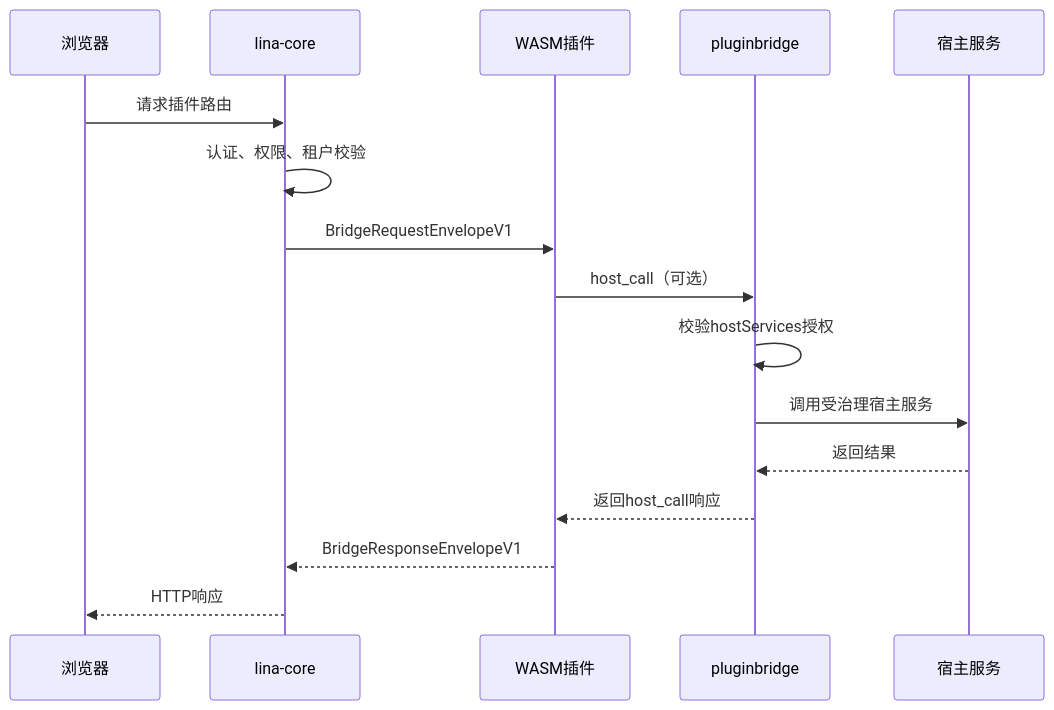
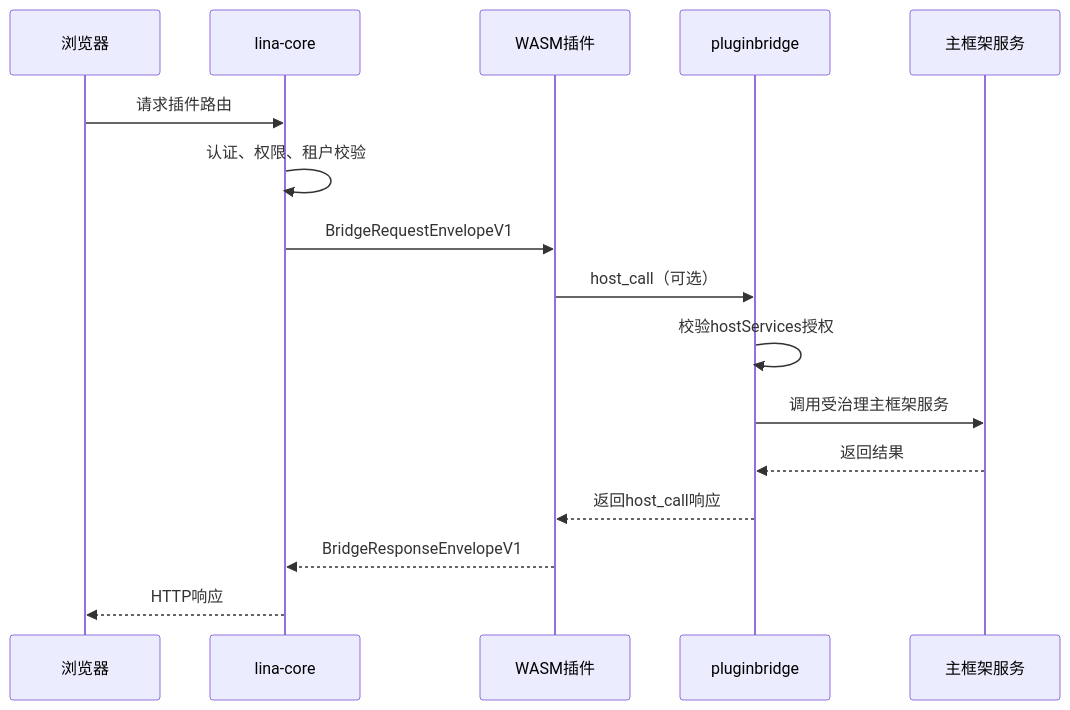
One commit to linaproai/linapro-site changed the diagram in apps/lina-site/versioned_docs/version-0.1.x/docs/2000-components/5000-plugin-system/7000-wasm-plugins.md. Above: the diagram before and after it, drawn with Mermaid. The commit also changed other lines of this file and 93 other files, not shown here.

````diff
--- a/apps/lina-site/versioned_docs/version-0.1.x/docs/2000-components/5000-plugin-system/7000-wasm-plugins.md
+++ b/apps/lina-site/versioned_docs/version-0.1.x/docs/2000-components/5000-plugin-system/7000-wasm-plugins.md
@@ -66,19 +66,19 @@
 ```mermaid
 sequenceDiagram
     participant Browser as 浏览器
     participant Core as lina-core
     participant Wasm as WASM插件
     participant Bridge as pluginbridge
-    participant HostSvc as 宿主服务
+    participant HostSvc as 主框架服务
 
     Browser->>Core: 请求插件路由
     Core->>Core: 认证、权限、租户校验
     Core->>Wasm: BridgeRequestEnvelopeV1
     Wasm->>Bridge: host_call（可选）
     Bridge->>Bridge: 校验hostServices授权
-    Bridge->>HostSvc: 调用受治理宿主服务
+    Bridge->>HostSvc: 调用受治理主框架服务
     HostSvc-->>Bridge: 返回结果
     Bridge-->>Wasm: 返回host_call响应
     Wasm-->>Core: BridgeResponseEnvelopeV1
     Core-->>Browser: HTTP响应
 ```
````
